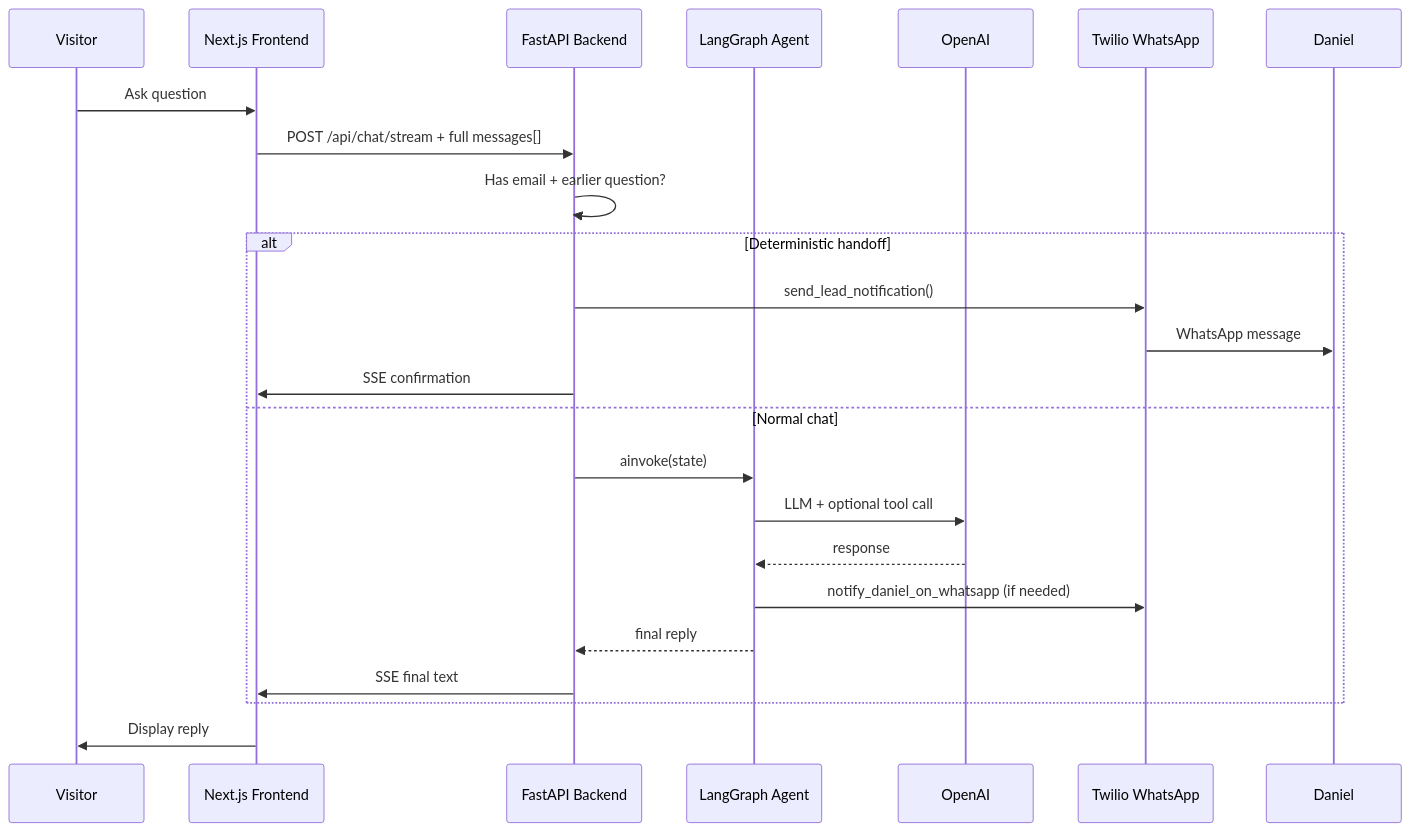
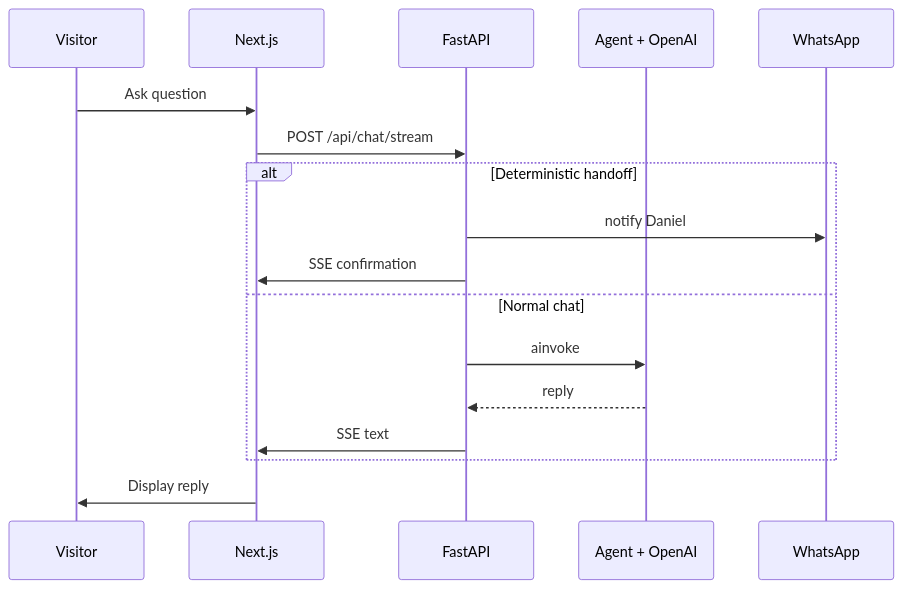
Before and after one commit to ddavid37/Professional-AI-Representative: the third of 3 diagrams in README.md, drawn with Mermaid. The commit also changed other lines of this file and 14 other files, not shown here.

````diff
--- a/README.md
+++ b/README.md
@@ -141,27 +57,20 @@
 ```mermaid
 sequenceDiagram
     participant U as Visitor
-    participant FE as Next.js Frontend
-    participant BE as FastAPI Backend
-    participant LG as LangGraph Agent
-    participant OAI as OpenAI
-    participant WA as Twilio WhatsApp
-    participant D as Daniel
+    participant FE as Next.js
+    participant BE as FastAPI
+    participant Agent as Agent + OpenAI
+    participant WA as WhatsApp
 
     U->>FE: Ask question
-    FE->>BE: POST /api/chat/stream + full messages[]
-    BE->>BE: Has email + earlier question?
+    FE->>BE: POST /api/chat/stream
     alt Deterministic handoff
-        BE->>WA: send_lead_notification()
-        WA->>D: WhatsApp message
+        BE->>WA: notify Daniel
         BE->>FE: SSE confirmation
     else Normal chat
-        BE->>LG: ainvoke(state)
-        LG->>OAI: LLM + optional tool call
-        OAI-->>LG: response
-        LG->>WA: notify_daniel_on_whatsapp (if needed)
-        LG-->>BE: final reply
-        BE->>FE: SSE final text
+        BE->>Agent: ainvoke
+        Agent-->>BE: reply
+        BE->>FE: SSE text
     end
     FE->>U: Display reply
 ```
````
